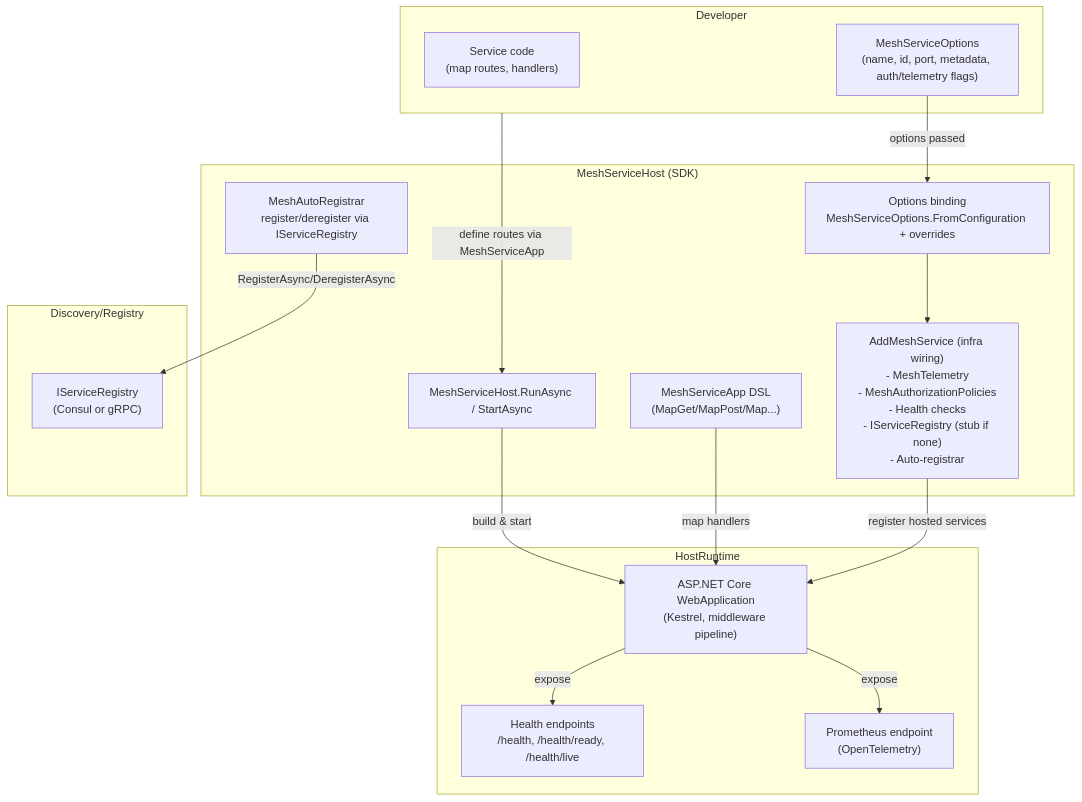
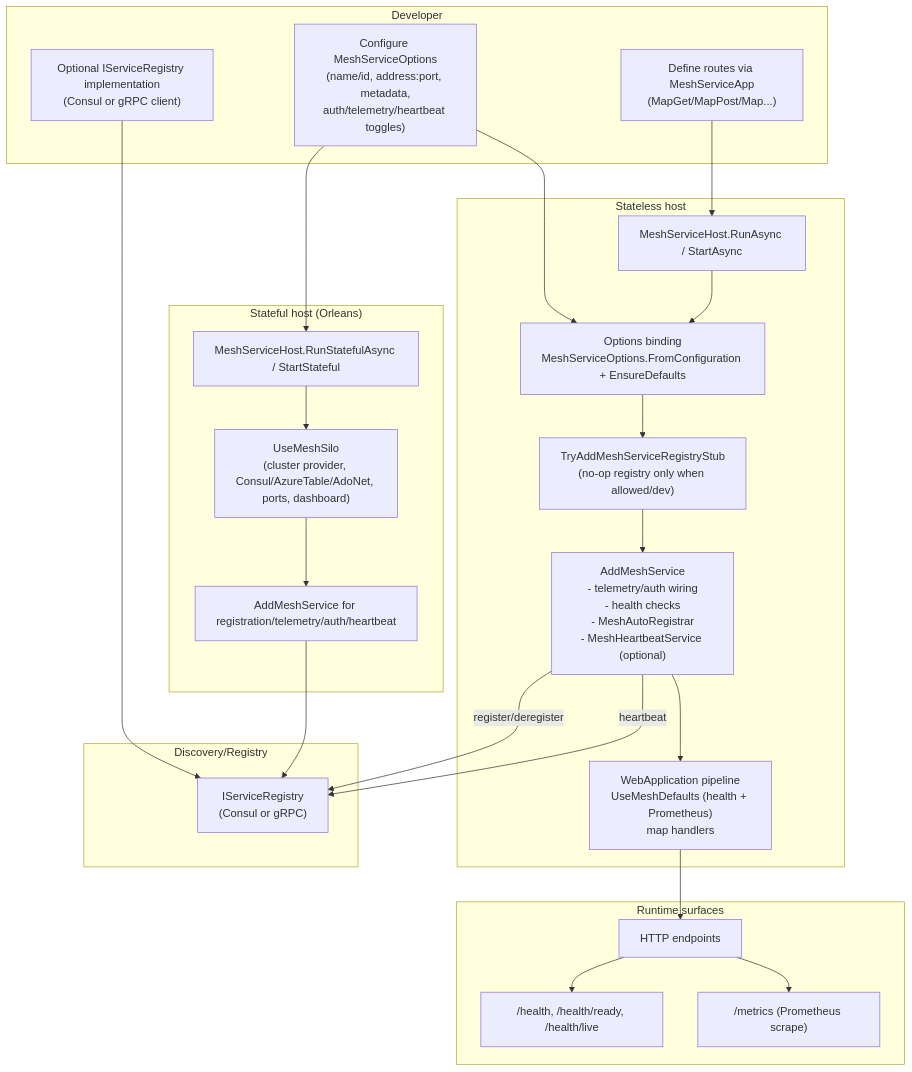
The diagram in docs/meshservicehost-diagram.md (abstractivemachines/toska-mesh-cs), drawn with Mermaid before and after one commit. The commit also changed other lines of this file and 1 other file, not shown here.

Commit message:
Add contributor guide and refresh host diagram

````diff
--- a/docs/meshservicehost-diagram.md
+++ b/docs/meshservicehost-diagram.md
@@ -1,34 +3,44 @@
 ```mermaid
 flowchart TD
     subgraph Developer
-        D1["Service code\n(map routes, handlers)"]
-        D2["MeshServiceOptions\n(name, id, port, metadata, auth/telemetry flags)"]
+        D1["Define routes via MeshServiceApp\n(MapGet/MapPost/Map...)"]
+        D2["Configure MeshServiceOptions\n(name/id, address:port, metadata,\nauth/telemetry/heartbeat toggles)"]
+        D3["Optional IServiceRegistry implementation\n(Consul or gRPC client)"]
     end
 
-    subgraph "MeshServiceHost (SDK)"
-        H1["MeshServiceHost.RunAsync / StartAsync"]
-        H2["MeshServiceApp DSL\n(MapGet/MapPost/Map...)"]
-        H3["Options binding\nMeshServiceOptions.FromConfiguration + overrides"]
-        H4["AddMeshService (infra wiring)\n- MeshTelemetry\n- MeshAuthorizationPolicies\n- Health checks\n- IServiceRegistry (stub if none)\n- Auto-registrar"]
-        H5["MeshAutoRegistrar\nregister/deregister via IServiceRegistry"]
+    subgraph "Stateless host"
+        S1["MeshServiceHost.RunAsync / StartAsync"]
+        S2["Options binding\nMeshServiceOptions.FromConfiguration + EnsureDefaults"]
+        S3["TryAddMeshServiceRegistryStub\n(no-op registry only when allowed/dev)"]
+        S4["AddMeshService\n- telemetry/auth wiring\n- health checks\n- MeshAutoRegistrar\n- MeshHeartbeatService (optional)"]
+        S5["WebApplication pipeline\nUseMeshDefaults (health + Prometheus)\nmap handlers"]
     end
 
-    subgraph HostRuntime
-        R1["ASP.NET Core WebApplication\n(Kestrel, middleware pipeline)"]
-        R2["Health endpoints\n/health, /health/ready, /health/live"]
-        R3["Prometheus endpoint\n(OpenTelemetry)"]
+    subgraph "Stateful host (Orleans)"
+        T1["MeshServiceHost.RunStatefulAsync / StartStateful"]
+        T2["UseMeshSilo\n(cluster provider, Consul/AzureTable/AdoNet, ports, dashboard)"]
+        T3["AddMeshService for registration/telemetry/auth/heartbeat"]
     end
 
-    subgraph Discovery/Registry
-        S1["IServiceRegistry\n(Consul or gRPC)"]
+    subgraph "Runtime surfaces"
+        R1["HTTP endpoints"]
+        R2["/health, /health/ready, /health/live"]
+        R3["/metrics (Prometheus scrape)"]
     end
 
-    Developer -->|define routes via MeshServiceApp| H1
-    D2 -->|options passed| H3 --> H4
-    H1 -->|build & start| R1
-    H2 -->|map handlers| R1
-    H4 -->|register hosted services| R1
-    H5 -->|RegisterAsync/DeregisterAsync| S1
-    R1 -->|expose| R2
-    R1 -->|expose| R3
+    subgraph "Discovery/Registry"
+        Reg["IServiceRegistry\n(Consul or gRPC)"]
+    end
+
+    D1 --> S1
+    D2 --> S2
+    D2 --> T1
+    D3 --> Reg
+    S1 --> S2 --> S3 --> S4 --> S5 --> R1
+    T1 --> T2 --> T3
+    R1 --> R2
+    R1 --> R3
+    S4 -->|register/deregister| Reg
+    S4 -->|heartbeat| Reg
+    T3 --> Reg
 ```
````
